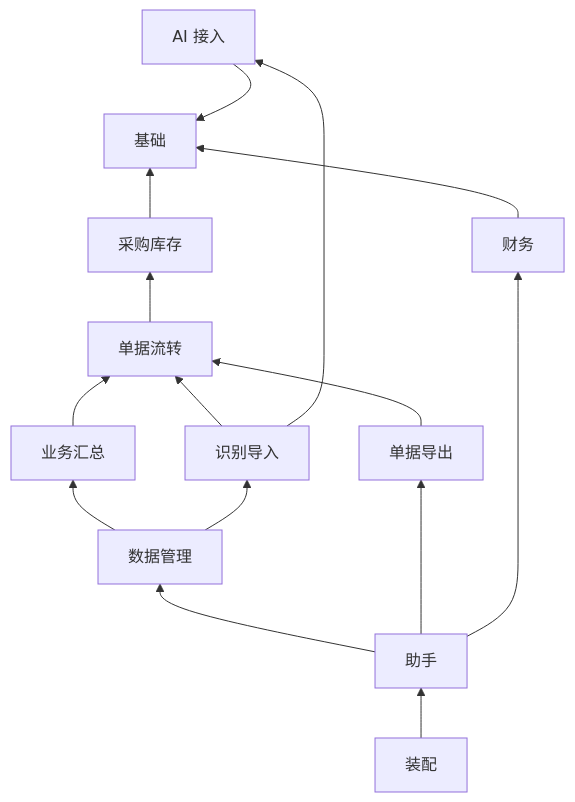
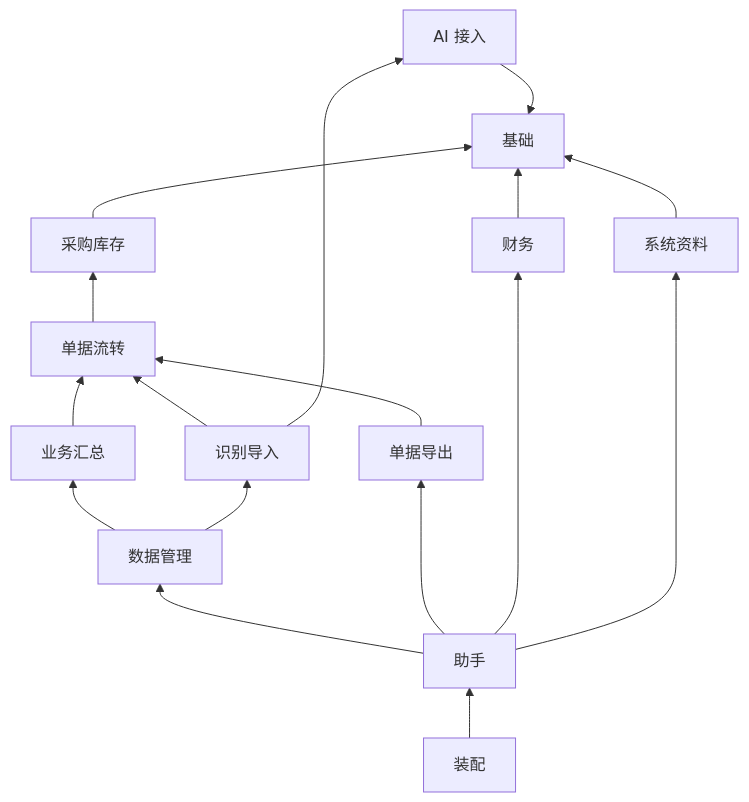
One commit to empitor/yongle-carton-erp changed the second of 2 diagrams in docs/架构说明.md. Above: the diagram before and after it, drawn with Mermaid. The commit also changed other lines of this file and 124 other files, not shown here.

````diff
--- a/docs/架构说明.md
+++ b/docs/架构说明.md
@@ -44,18 +45,20 @@
 ```mermaid
 flowchart BT
   core[基础] ~~~ ai[AI 接入]
   ai --> core
+  sys[系统资料] --> core
   ops[采购库存] --> core
   flow[单据流转] --> ops
   biz[业务汇总] --> flow
   fin[财务] --> core
   doc[单据导出] --> flow
   imp[识别导入] --> flow
   imp --> ai
   adm[数据管理] --> biz
   adm --> imp
   ast[助手] --> adm
   ast --> doc
   ast --> fin
+  ast --> sys
   app[装配] --> ast
 ```
````
